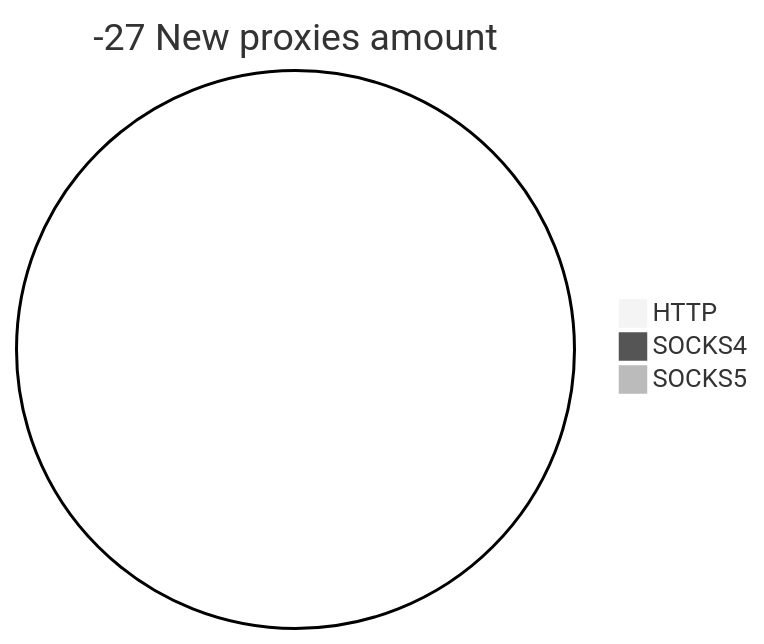
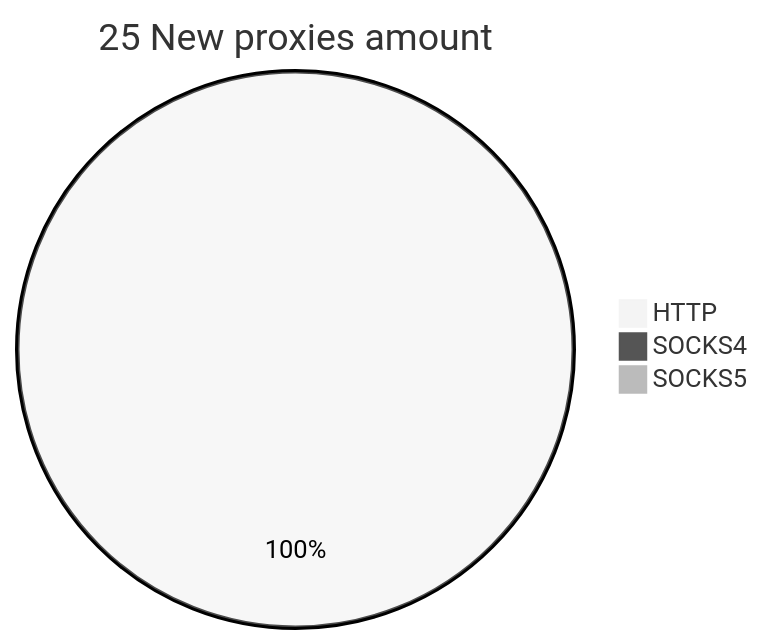
The second of 2 diagrams in README.md (cutipu/proxylist), drawn with Mermaid (neutral theme) before and after one commit. The commit also changed other lines of this file, not shown here.

````diff
--- a/README.md
+++ b/README.md
@@ -10,6 +10,6 @@
 ```mermaid
-pie title -27 New proxies amount
-    "HTTP" : 0
+pie title 25 New proxies amount
+    "HTTP" : 25
     "SOCKS4" : 0
     "SOCKS5" : 0
 ```
````
